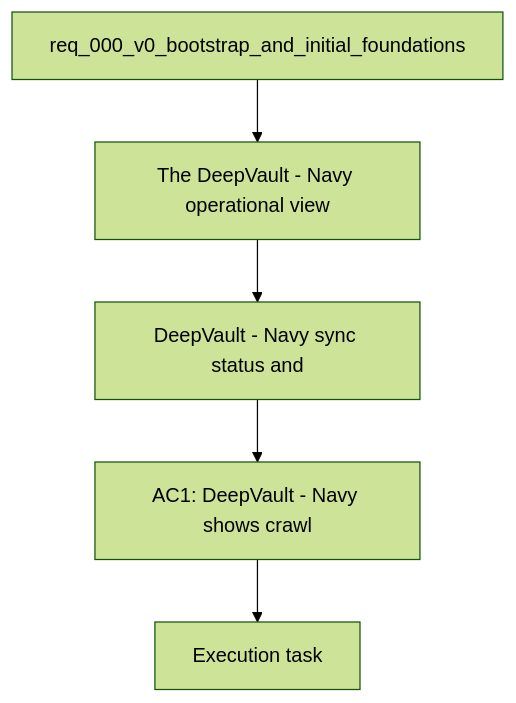
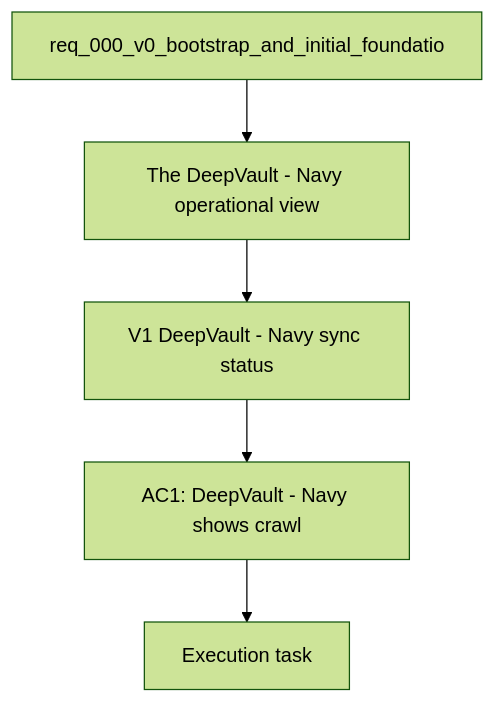
One commit to AlexAgo83/deepvault changed the diagram in logics/backlog/item_010_v1_local_sync_status_and_operational_view.md. Above: the diagram before and after it, drawn with Mermaid (forest theme). The commit also changed 28 other files, not shown here.

````diff
--- a/logics/backlog/item_010_v1_local_sync_status_and_operational_view.md
+++ b/logics/backlog/item_010_v1_local_sync_status_and_operational_view.md
@@ -21,9 +21,9 @@
 ```mermaid
 %% logics-kind: backlog
 %% logics-signature: backlog|v1-deepvault-navy-sync-status-and-operat|req-000-v0-bootstrap-and-initial-foundat|the-deepvault-navy-operational-view|ac1-deepvault-navy-shows-crawl
 flowchart TD
-    Request[req_000_v0_bootstrap_and_initial_foundations] --> Problem[The DeepVault - Navy operational view]
-    Problem --> Scope[DeepVault - Navy sync status and]
+    Request[req_000_v0_bootstrap_and_initial_foundatio] --> Problem[The DeepVault - Navy operational view]
+    Problem --> Scope[V1 DeepVault - Navy sync status]
     Scope --> Acceptance[AC1: DeepVault - Navy shows crawl]
     Acceptance --> Tasks[Execution task]
 ```
````
